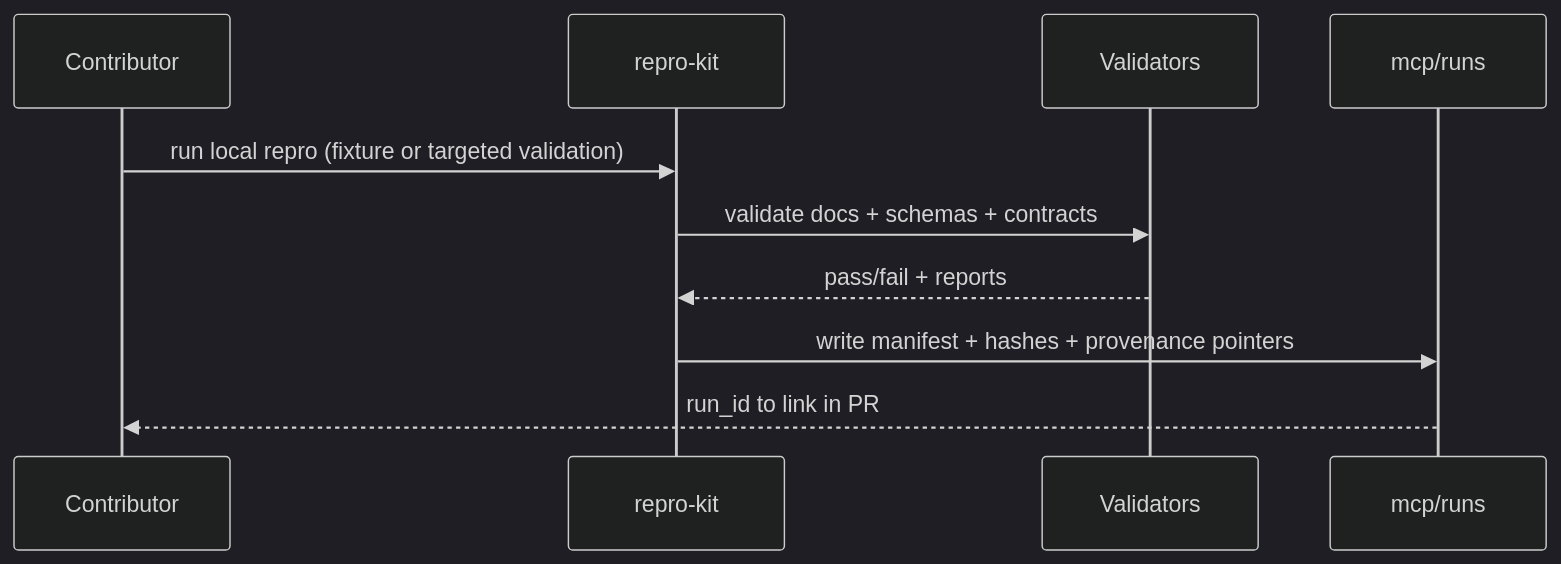
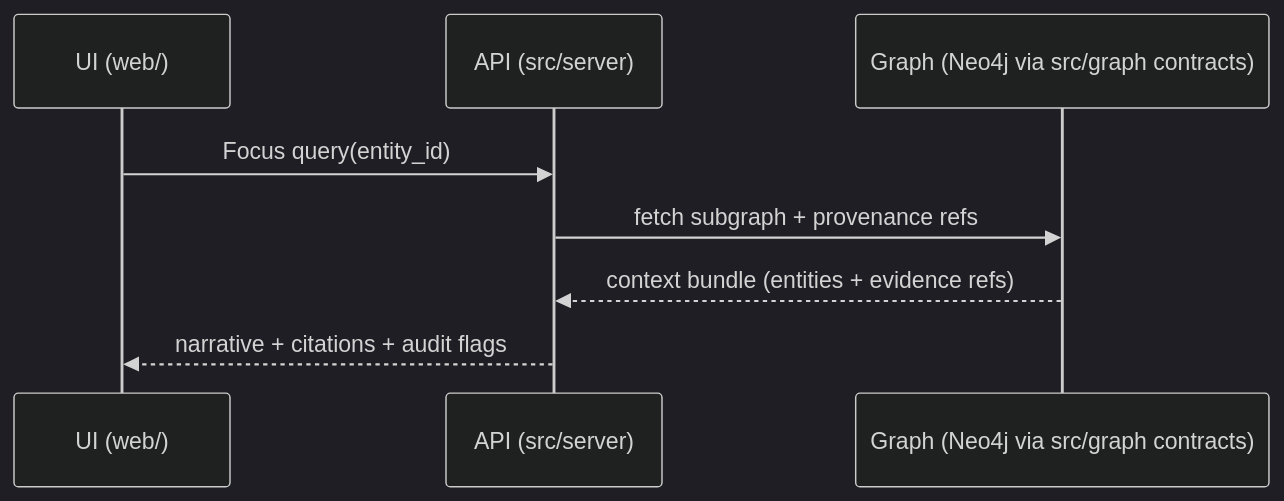
One commit to bartytime4life/Kansas-Frontier-Matrix changed the second of 2 diagrams in .github/repro-kit/README.md. Above: the diagram before and after it, drawn with Mermaid (dark theme). The commit also changed other lines of this file, not shown here.

```diff
--- a/.github/repro-kit/README.md
+++ b/.github/repro-kit/README.md
@@ -242,13 +182,10 @@
 ~~~mermaid
 sequenceDiagram
-  participant Dev as Contributor
-  participant RK as repro-kit
-  participant V as Validators
-  participant MCP as mcp/runs
-
-  Dev->>RK: run local repro (fixture or targeted validation)
-  RK->>V: validate docs + schemas + contracts
-  V-->>RK: pass/fail + reports
-  RK->>MCP: write manifest + hashes + provenance pointers
-  MCP-->>Dev: run_id to link in PR
+  participant UI as UI (web/)
+  participant API as API (src/server)
+  participant Graph as Graph (Neo4j via src/graph contracts)
+  UI->>API: Focus query(entity_id)
+  API->>Graph: fetch subgraph + provenance refs
+  Graph-->>API: context bundle (entities + evidence refs)
+  API-->>UI: narrative + citations + audit flags
 ~~~
```
